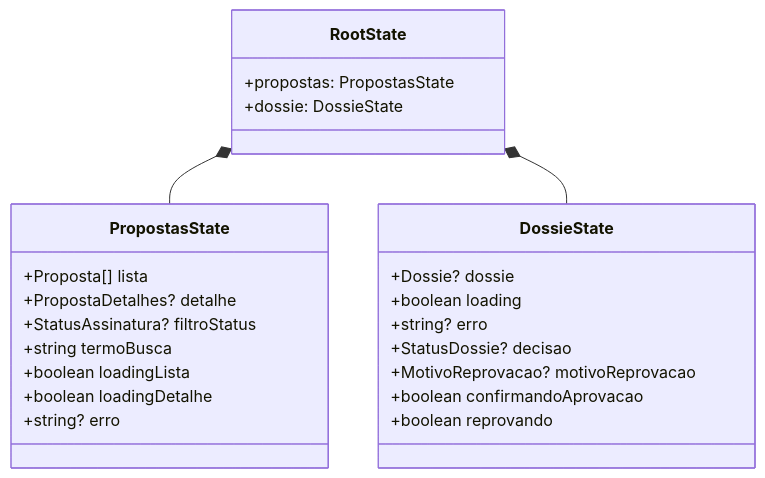
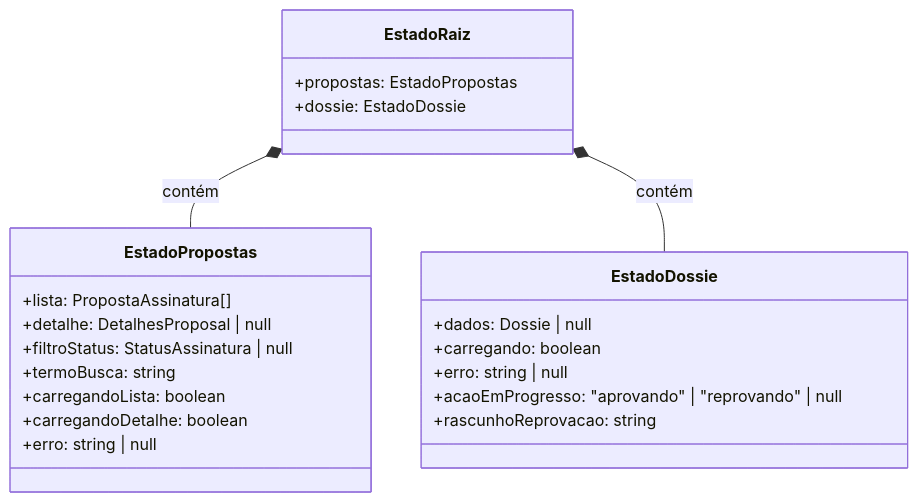
Before and after one commit to j-fborges/neocredito: the diagram in docs/diagrams/stateTypes-draft.md, drawn with Mermaid. The commit also changed other lines of this file and 6 other files, not shown here.

Commit message:
docs: Adds Documentation to the Project reviews README & type diagrams

````diff
--- a/docs/diagrams/stateTypes-draft.md
+++ b/docs/diagrams/stateTypes-draft.md
@@ -1,32 +5,29 @@
 ```mermaid
-
 classDiagram
-    class RootState {
-        +propostas: PropostasState
-        +dossie: DossieState
+    class EstadoRaiz {
+        +propostas: EstadoPropostas
+        +dossie: EstadoDossie
     }
 
-    class PropostasState {
-        +Proposta[] lista
-        +PropostaDetalhes? detalhe
-        +StatusAssinatura? filtroStatus
-        +string termoBusca
-        +boolean loadingLista
-        +boolean loadingDetalhe
-        +string? erro
+    class EstadoPropostas {
+        +lista: PropostaAssinatura[]
+        +detalhe: DetalhesProposal | null
+        +filtroStatus: StatusAssinatura | null
+        +termoBusca: string
+        +carregandoLista: boolean
+        +carregandoDetalhe: boolean
+        +erro: string | null
     }
 
-    class DossieState {
-        +Dossie? dossie
-        +boolean loading
-        +string? erro
-        +StatusDossie? decisao
-        +MotivoReprovacao? motivoReprovacao
-        +boolean confirmandoAprovacao
-        +boolean reprovando
+    class EstadoDossie {
+        +dados: Dossie | null
+        +carregando: boolean
+        +erro: string | null
+        +acaoEmProgresso: "aprovando" | "reprovando" | null
+        +rascunhoReprovacao: string
     }
 
-    RootState *-- PropostasState
-    RootState *-- DossieState
+    EstadoRaiz *-- EstadoPropostas : contém
+    EstadoRaiz *-- EstadoDossie : contém
 
 ```
````
